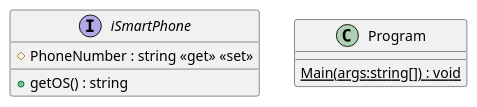
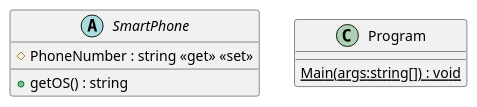
The diagram in Aufgabe_3/main.puml (galinarudollf/SoftwareentwicklungSoSe2020_Aufgabe_04), drawn with PlantUML before and after one commit.

Commit message:
Add new version of plantUML file

```diff
--- a/Aufgabe_3/main.puml
+++ b/Aufgabe_3/main.puml
@@ -1,9 +1,9 @@
 @startuml
-interface iSmartPhone {
+abstract class SmartPhone {
     # PhoneNumber : string <<get>> <<set>>
     + getOS() : string
 }
 class Program {
     {static} Main(args:string[]) : void
 }
 @enduml
```
